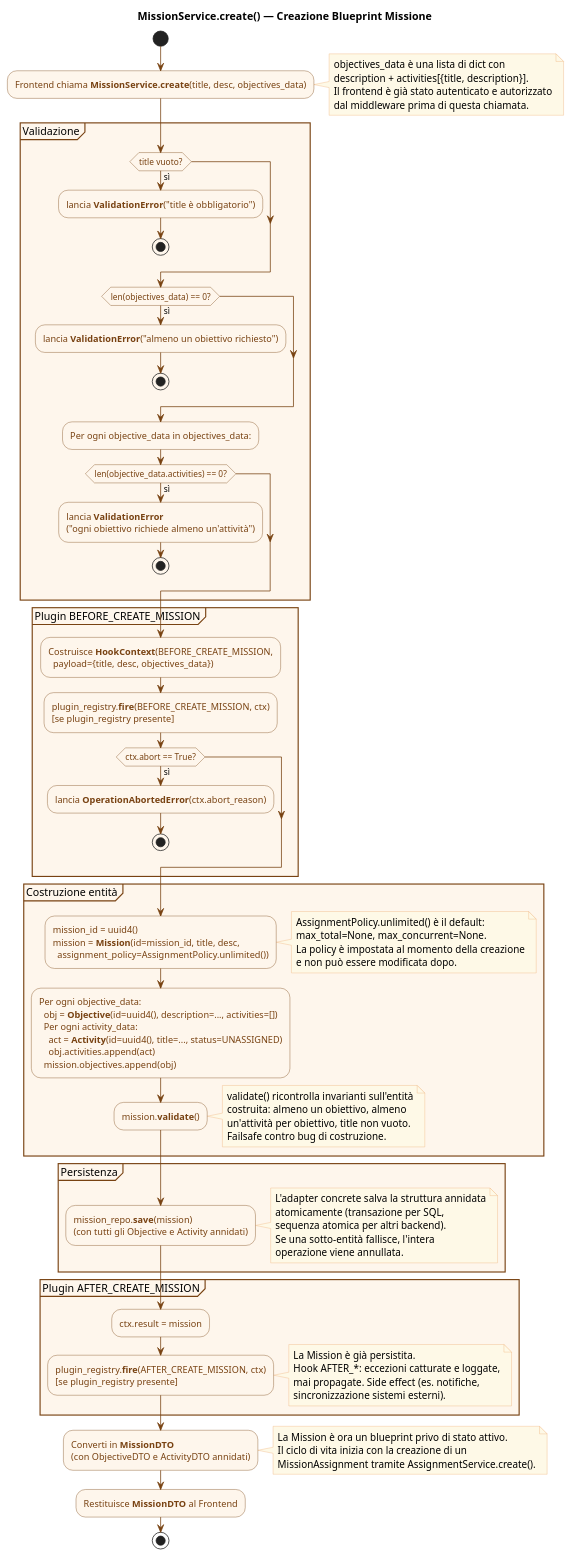
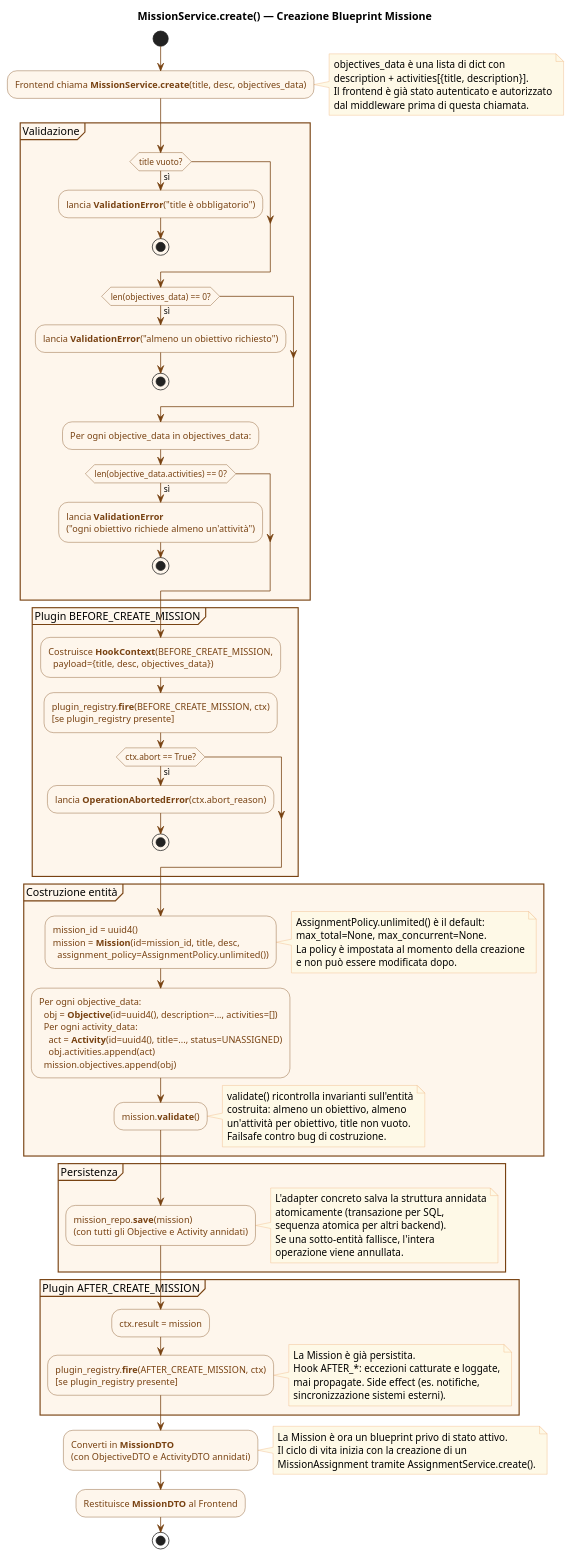
Before and after one commit to antlampas/MissionManager: the diagram in implementation/diagrams/activity/activity_create_mission.puml, drawn with PlantUML. The commit also changed 13 other files, not shown here.

Commit message:
docs: corretti testi e diagrammi UML

```diff
--- a/implementation/diagrams/activity/activity_create_mission.puml
+++ b/implementation/diagrams/activity/activity_create_mission.puml
@@ -1,103 +1,103 @@
 @startuml activity_create_mission
 ' SPDX-License-Identifier: CC-BY-SA-4.0
 title MissionService.create() — Creazione Blueprint Missione
 
 skinparam ActivityBorderColor #784212
 skinparam ActivityBackgroundColor #FEF6EC
 skinparam ActivityFontColor #784212
 skinparam ArrowColor #784212
 skinparam PartitionBorderColor #784212
 skinparam PartitionBackgroundColor #FEF6EC
 skinparam NoteBackgroundColor #FEF9E7
 skinparam NoteBorderColor #F0B27A
 skinparam defaultTextAlignment left
 
 start
 
 :Frontend chiama **MissionService.create**(title, desc, objectives_data);
 
 note right
   objectives_data è una lista di dict con
   description + activities[{title, description}].
   Il frontend è già stato autenticato e autorizzato
   dal middleware prima di questa chiamata.
 end note
 
 partition "Validazione" {
   if (title vuoto?) then (sì)
     :lancia **ValidationError**("title è obbligatorio");
     stop
   endif
   if (len(objectives_data) == 0?) then (sì)
     :lancia **ValidationError**("almeno un obiettivo richiesto");
     stop
   endif
   :Per ogni objective_data in objectives_data:;
   if (len(objective_data.activities) == 0?) then (sì)
     :lancia **ValidationError**\n("ogni obiettivo richiede almeno un'attività");
     stop
   endif
 }
 
 partition "Plugin BEFORE_CREATE_MISSION" {
   :Costruisce **HookContext**(BEFORE_CREATE_MISSION,\n  payload={title, desc, objectives_data});
   :plugin_registry.**fire**(BEFORE_CREATE_MISSION, ctx)\n[se plugin_registry presente];
   if (ctx.abort == True?) then (sì)
     :lancia **OperationAbortedError**(ctx.abort_reason);
     stop
   endif
 }
 
 partition "Costruzione entità" {
   :mission_id = uuid4()\nmission = **Mission**(id=mission_id, title, desc,\n  assignment_policy=AssignmentPolicy.unlimited());
   note right
     AssignmentPolicy.unlimited() è il default:
     max_total=None, max_concurrent=None.
     La policy è impostata al momento della creazione
     e non può essere modificata dopo.
   end note
   :Per ogni objective_data:\n  obj = **Objective**(id=uuid4(), description=..., activities=[])\n  Per ogni activity_data:\n    act = **Activity**(id=uuid4(), title=..., status=UNASSIGNED)\n    obj.activities.append(act)\n  mission.objectives.append(obj);
   :mission.**validate**();
   note right
     validate() ricontrolla invarianti sull'entità
     costruita: almeno un obiettivo, almeno
     un'attività per obiettivo, title non vuoto.
     Failsafe contro bug di costruzione.
   end note
 }
 
 partition "Persistenza" {
   :mission_repo.**save**(mission)\n(con tutti gli Objective e Activity annidati);
   note right
-    L'adapter concrete salva la struttura annidata
+    L'adapter concreto salva la struttura annidata
     atomicamente (transazione per SQL,
     sequenza atomica per altri backend).
     Se una sotto-entità fallisce, l'intera
     operazione viene annullata.
   end note
 }
 
 partition "Plugin AFTER_CREATE_MISSION" {
   :ctx.result = mission;
   :plugin_registry.**fire**(AFTER_CREATE_MISSION, ctx)\n[se plugin_registry presente];
   note right
     La Mission è già persistita.
     Hook AFTER_*: eccezioni catturate e loggate,
     mai propagate. Side effect (es. notifiche,
     sincronizzazione sistemi esterni).
   end note
 }
 
 :Converti in **MissionDTO**\n(con ObjectiveDTO e ActivityDTO annidati);
 
 note right
   La Mission è ora un blueprint privo di stato attivo.
   Il ciclo di vita inizia con la creazione di un
   MissionAssignment tramite AssignmentService.create().
 end note
 
 :Restituisce **MissionDTO** al Frontend;
 
 stop
 
 @enduml
```
